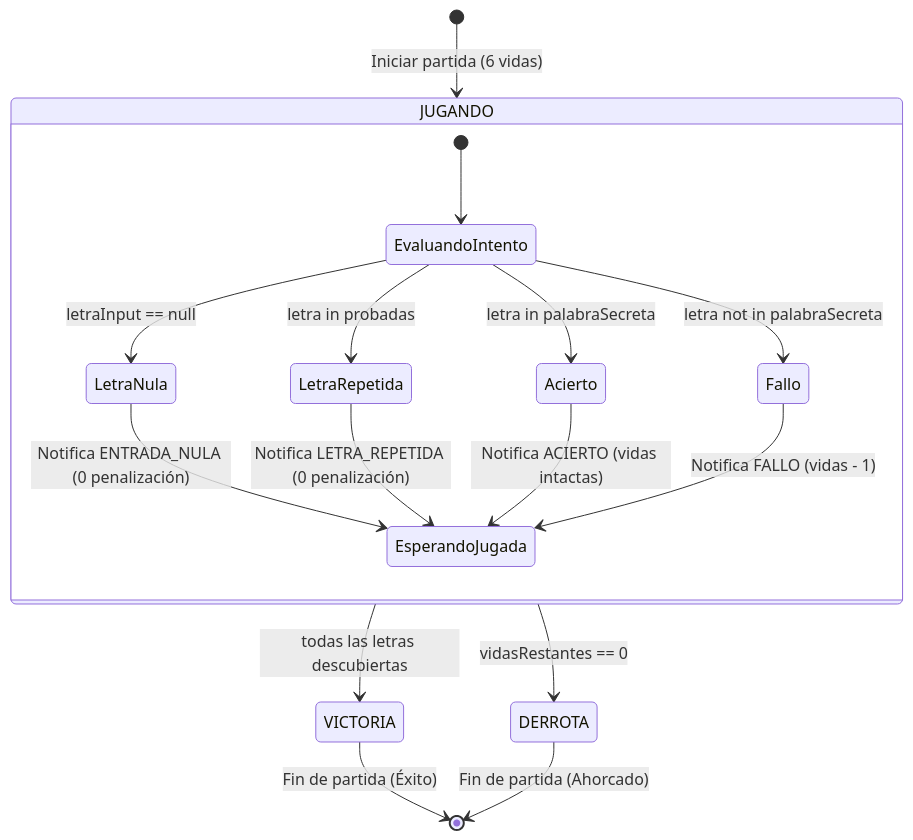
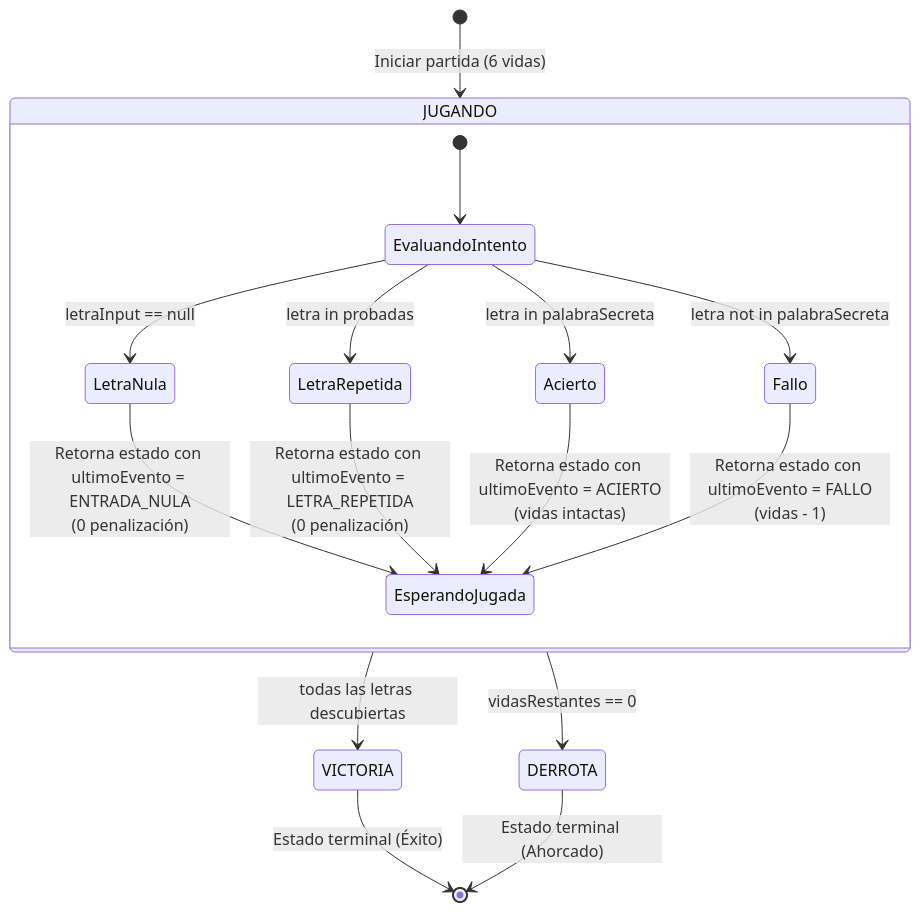
Before and after one commit to jssdocente/pmdm2627d: the diagram in docs/temas/00-android/00-kotlin/ejercicios/02-funciones-lambdas-nullsafety.md, drawn with Mermaid. The commit also changed other lines of this file and 1 other file, not shown here.

Commit message:
docs(kotlin): rediseñar ejercicios 2.5, 2.8, 2.9 y consolidar reto 2.17 (Ahorcado) y TDD con arquitectura pura de UiState

````diff
--- a/docs/temas/00-android/00-kotlin/ejercicios/02-funciones-lambdas-nullsafety.md
+++ b/docs/temas/00-android/00-kotlin/ejercicios/02-funciones-lambdas-nullsafety.md
@@ -1718,26 +1860,26 @@
 ```mermaid
 stateDiagram-v2
     [*] --> JUGANDO: Iniciar partida (6 vidas)
     
     state JUGANDO {
         [*] --> EvaluandoIntento
         
         EvaluandoIntento --> LetraNula: letraInput == null
-        LetraNula --> EsperandoJugada: Notifica ENTRADA_NULA (0 penalización)
+        LetraNula --> EsperandoJugada: Retorna estado con ultimoEvento = ENTRADA_NULA<br/>(0 penalización)
         
         EvaluandoIntento --> LetraRepetida: letra in probadas
-        LetraRepetida --> EsperandoJugada: Notifica LETRA_REPETIDA (0 penalización)
+        LetraRepetida --> EsperandoJugada: Retorna estado con ultimoEvento = LETRA_REPETIDA<br/>(0 penalización)
         
         EvaluandoIntento --> Acierto: letra in palabraSecreta
-        Acierto --> EsperandoJugada: Notifica ACIERTO (vidas intactas)
+        Acierto --> EsperandoJugada: Retorna estado con ultimoEvento = ACIERTO<br/>(vidas intactas)
         
         EvaluandoIntento --> Fallo: letra not in palabraSecreta
-        Fallo --> EsperandoJugada: Notifica FALLO (vidas - 1)
+        Fallo --> EsperandoJugada: Retorna estado con ultimoEvento = FALLO<br/>(vidas - 1)
     }
 
     JUGANDO --> VICTORIA: todas las letras descubiertas
+    VICTORIA --> [*]: Estado terminal (Éxito)
+
     JUGANDO --> DERROTA: vidasRestantes == 0
-    
-    VICTORIA --> [*]: Fin de partida (Éxito)
-    DERROTA --> [*]: Fin de partida (Ahorcado)
+    DERROTA --> [*]: Estado terminal (Ahorcado)
 ```
````
